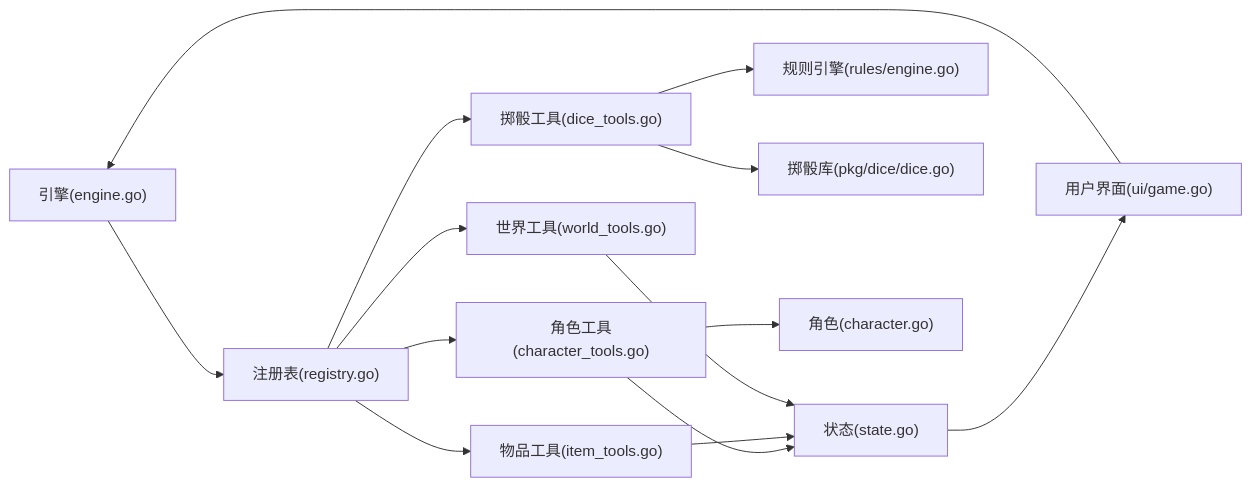
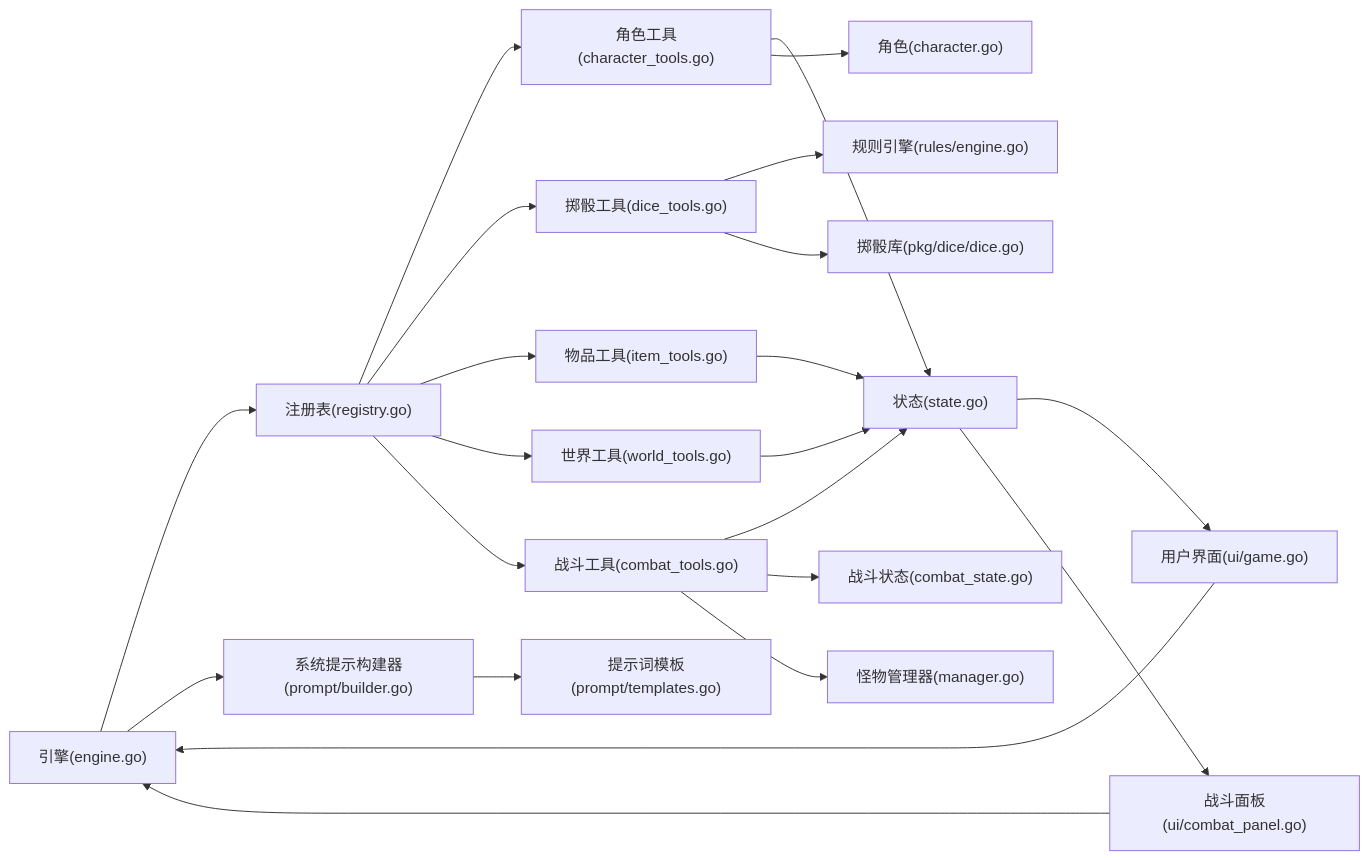
One commit to zwh8800/cdnd changed diagram 12 of 12 in .qoder/repowiki/zh/content/工具系统/工具系统.md. Above: the diagram before and after it, drawn with Mermaid. The commit also changed other lines of this file and 102 other files, not shown here.

````diff
--- a/.qoder/repowiki/zh/content/工具系统/工具系统.md
+++ b/.qoder/repowiki/zh/content/工具系统/工具系统.md
@@ -492,16 +607,24 @@
 ```mermaid
 graph LR
 ENG["引擎(engine.go)"] --> REG["注册表(registry.go)"]
 REG --> CT["角色工具(character_tools.go)"]
 REG --> DT["掷骰工具(dice_tools.go)"]
 REG --> IT["物品工具(item_tools.go)"]
 REG --> WT["世界工具(world_tools.go)"]
+REG --> BT["战斗工具(combat_tools.go)"]
 CT --> ST["状态(state.go)"]
 IT --> ST
 WT --> ST
+BT --> ST
+BT --> CS["战斗状态(combat_state.go)"]
+BT --> MM["怪物管理器(manager.go)"]
 DT --> RE["规则引擎(rules/engine.go)"]
 DT --> DI["掷骰库(pkg/dice/dice.go)"]
 CT --> CH["角色(character.go)"]
 ST --> UI["用户界面(ui/game.go)"]
+ST --> CP["战斗面板(ui/combat_panel.go)"]
 UI --> ENG
+CP --> ENG
+ENG --> SP["系统提示构建器(prompt/builder.go)"]
+SP --> TM["提示词模板(prompt/templates.go)"]
 ```
````
